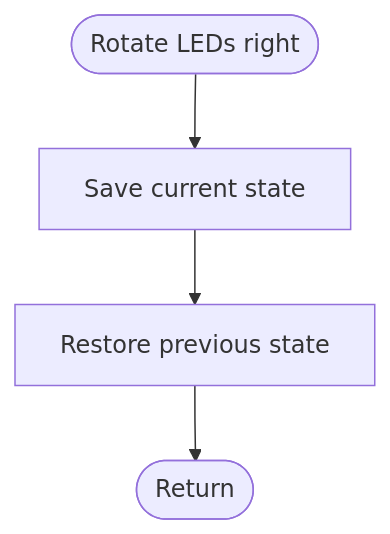
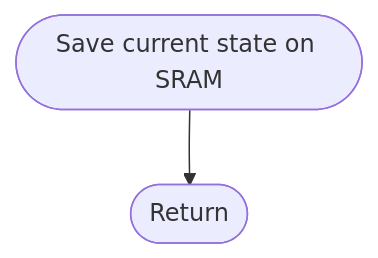
One commit to gabrielluizep/eng-mic changed the fifth of 6 diagrams in subroutines/subroutines.md. Above: the diagram before and after it, drawn with Mermaid. The commit also changed other lines of this file and 1 other file, not shown here.

````diff
--- a/subroutines/subroutines.md
+++ b/subroutines/subroutines.md
@@ -41,8 +68,5 @@
 ```mermaid
 graph TD
-  ror([Rotate LEDs right])
-  --> save[Save current state]
-
-  --> restore[Restore previous state]
+  save([Save current state on SRAM])
   --> return([Return])
 ```
````
